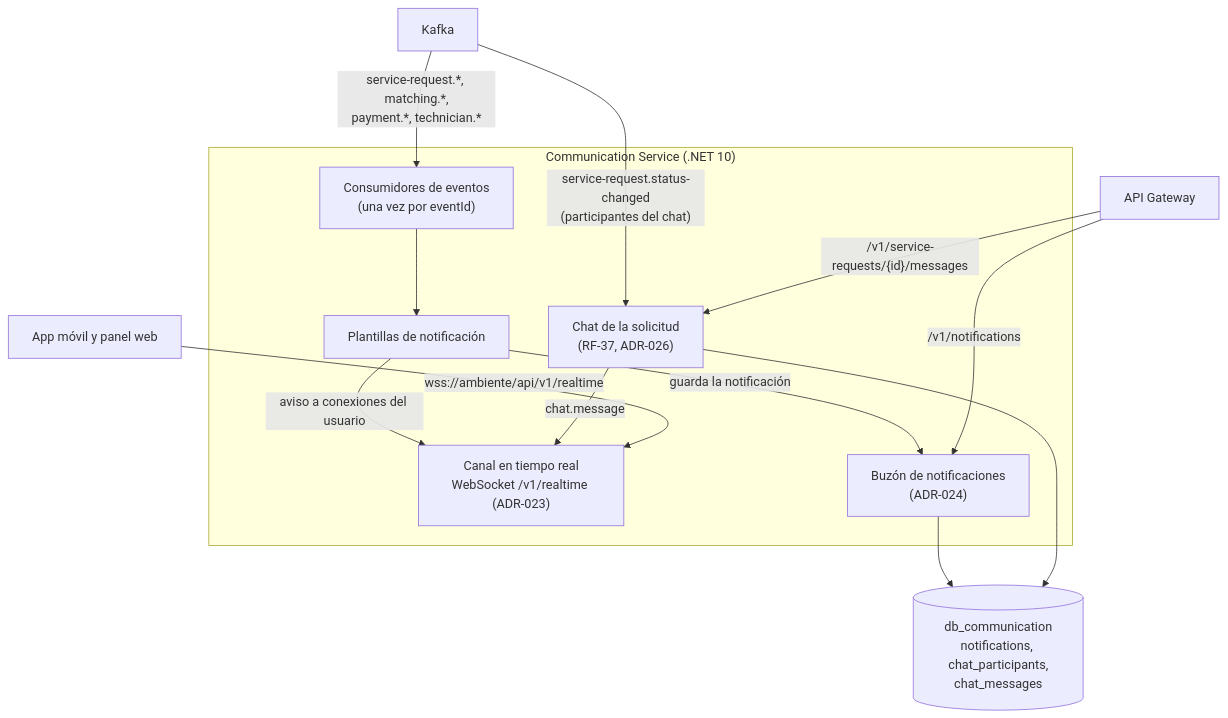
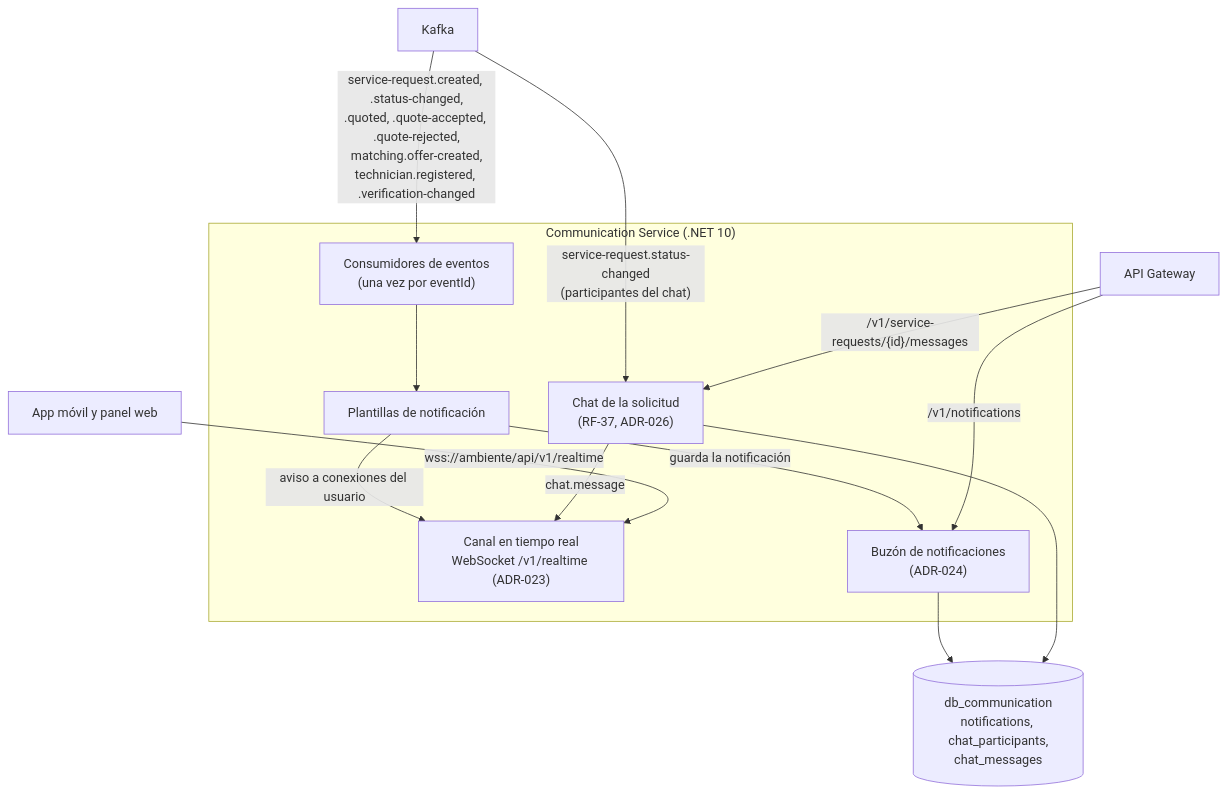
One commit to ARQUI-202630/quickpatch changed the second of 6 diagrams in docs/architecture/DIAGRAMS_SCRUM583_COMMUNICATION_MATCHING.md. Above: the diagram before and after it, drawn with Mermaid. The commit also changed other lines of this file and 4 other files, not shown here.

````diff
--- a/docs/architecture/DIAGRAMS_SCRUM583_COMMUNICATION_MATCHING.md
+++ b/docs/architecture/DIAGRAMS_SCRUM583_COMMUNICATION_MATCHING.md
@@ -54,27 +54,27 @@
 ```mermaid
 graph TB
     K["Kafka"]
     GW["API Gateway"]
     Apps["App móvil y panel web"]
     DB[("db_communication<br/>notifications, chat_participants,<br/>chat_messages")]
 
     subgraph CM["Communication Service (.NET 10)"]
         C["Consumidores de eventos<br/>(una vez por eventId)"]
         T["Plantillas de notificación"]
         RT["Canal en tiempo real<br/>WebSocket /v1/realtime (ADR-023)"]
         BZ["Buzón de notificaciones<br/>(ADR-024)"]
         CH["Chat de la solicitud<br/>(RF-37, ADR-026)"]
     end
 
-    K -->|"service-request.*, matching.*,<br/>payment.*, technician.*"| C
+    K -->|"service-request.created, .status-changed,<br/>.quoted, .quote-accepted, .quote-rejected,<br/>matching.offer-created,<br/>technician.registered, .verification-changed"| C
     C --> T
     T -->|"aviso a conexiones del usuario"| RT
     T -->|"guarda la notificación"| BZ
     K -->|"service-request.status-changed<br/>(participantes del chat)"| CH
     CH -->|"chat.message"| RT
     BZ --> DB
     CH --> DB
     GW -->|"/v1/notifications"| BZ
     GW -->|"/v1/service-requests/{id}/messages"| CH
     Apps -->|"wss://ambiente/api/v1/realtime"| RT
 ```
````
